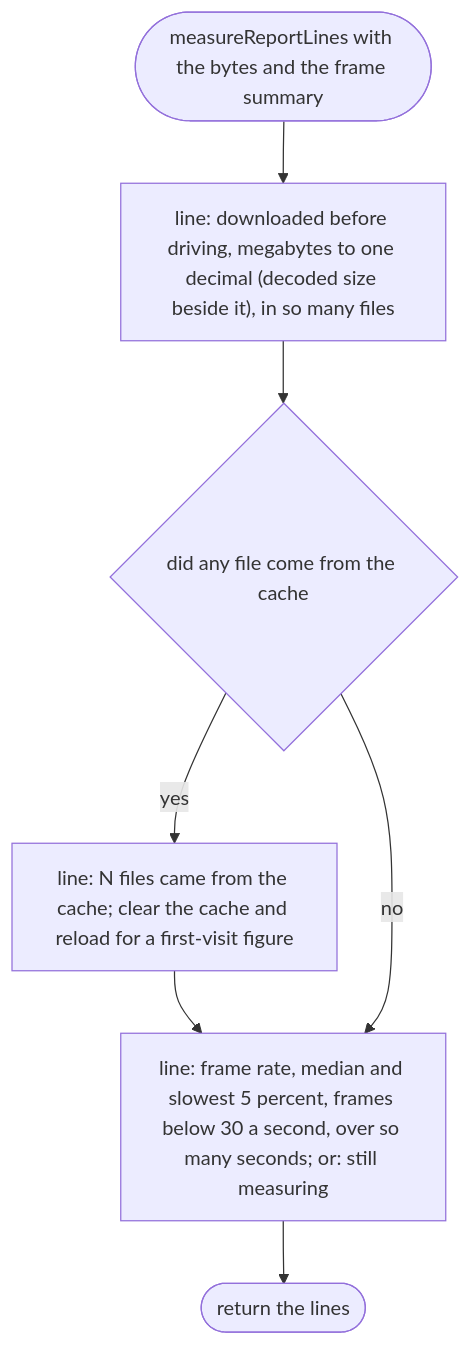
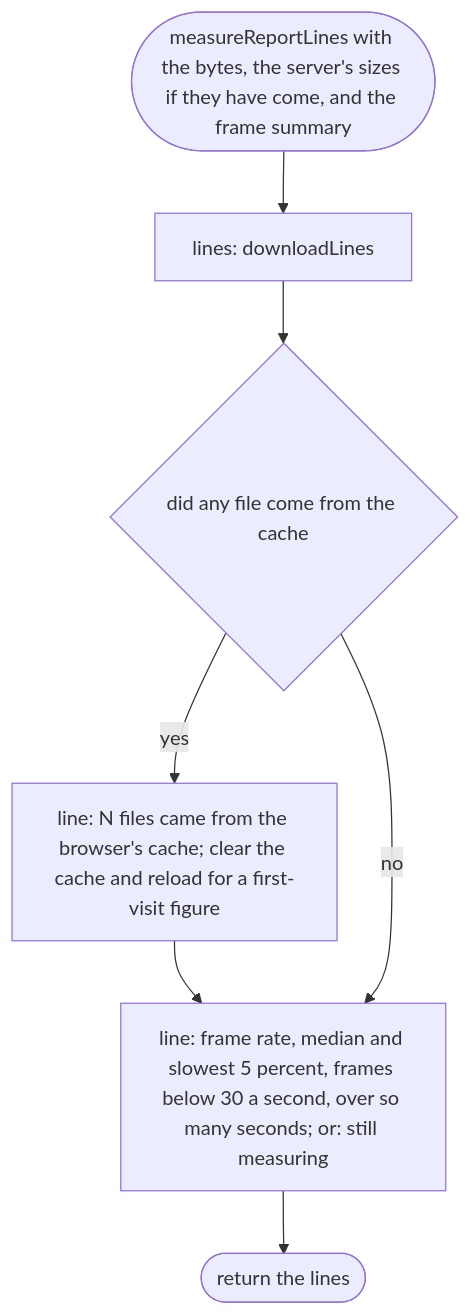
Before and after one commit to NewDara-Star/world-engine: diagram 13 of 13 in docs/designs/src/measure/measure.md, drawn with Mermaid. The commit also changed other lines of this file and 7 other files, not shown here.

````diff
--- a/docs/designs/src/measure/measure.md
+++ b/docs/designs/src/measure/measure.md
@@ -86,13 +226,13 @@
 ```mermaid
 flowchart TD
-  s(["measureReportLines with the bytes and the frame summary"])
-  a["line: downloaded before driving, megabytes to one decimal (decoded size beside it), in so many files"]
+  s(["measureReportLines with the bytes, the server's sizes if they have come, and the frame summary"])
+  a["lines: downloadLines"]
   b{"did any file come from the cache"}
-  c["line: N files came from the cache; clear the cache and reload for a first-visit figure"]
+  c["line: N files came from the browser's cache; clear the cache and reload for a first-visit figure"]
   d["line: frame rate, median and slowest 5 percent, frames below 30 a second, over so many seconds; or: still measuring"]
   e(["return the lines"])
   s --> a --> b
   b -->|"yes"| c --> d
   b -->|"no"| d
   d --> e
 ```
````
